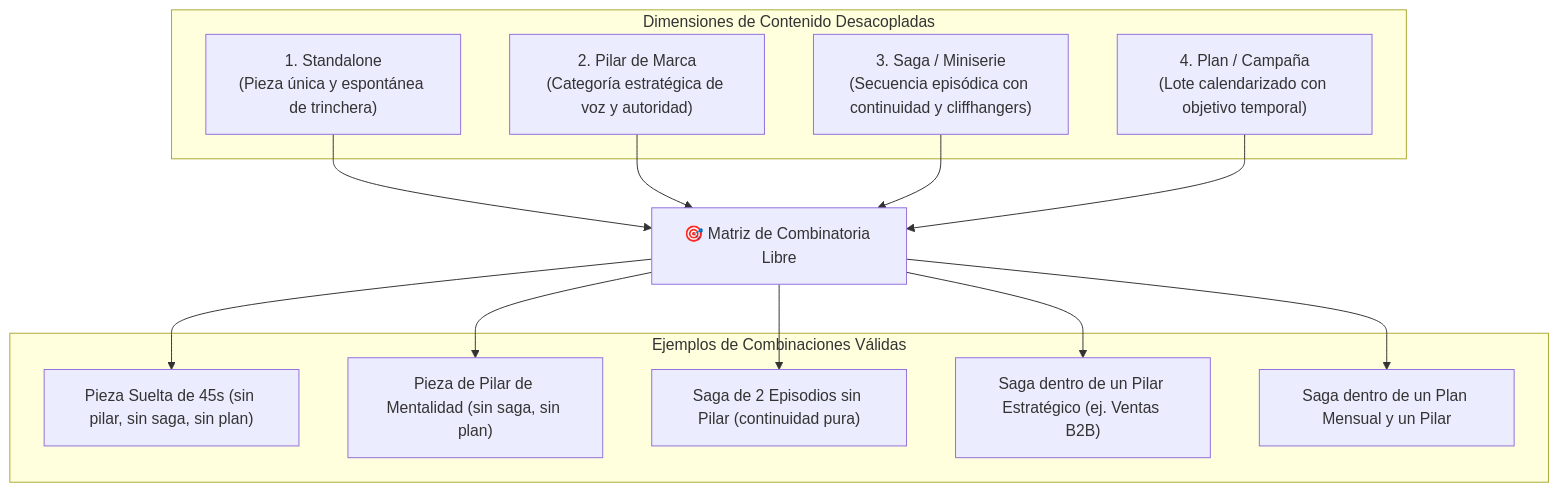
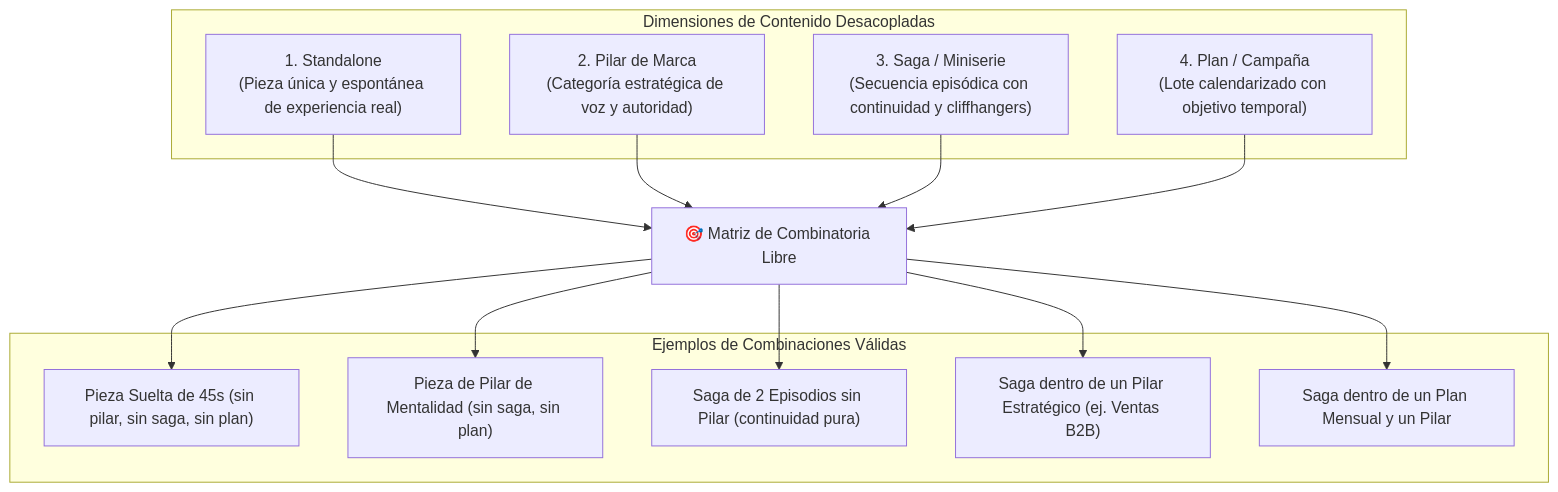
The third of 3 diagrams in ARQUITECTURA_RICK_MULTITENANT.md (Mgomezpo/rick-marca-personal), drawn with Mermaid before and after one commit. The commit also changed other lines of this file and 18 other files, not shown here.

````diff
--- a/ARQUITECTURA_RICK_MULTITENANT.md
+++ b/ARQUITECTURA_RICK_MULTITENANT.md
@@ -257,28 +259,28 @@
 ```mermaid
 flowchart TD
     subgraph DIMS["Dimensiones de Contenido Desacopladas"]
-        D1["1. Standalone\n(Pieza única y espontánea de trinchera)"]
+        D1["1. Standalone\n(Pieza única y espontánea de experiencia real)"]
         D2["2. Pilar de Marca\n(Categoría estratégica de voz y autoridad)"]
         D3["3. Saga / Miniserie\n(Secuencia episódica con continuidad y cliffhangers)"]
         D4["4. Plan / Campaña\n(Lote calendarizado con objetivo temporal)"]
     end
 
     D1 --> COMB["🎯 Matriz de Combinatoria Libre"]
     D2 --> COMB
     D3 --> COMB
     D4 --> COMB
 
     subgraph COMBINACIONES["Ejemplos de Combinaciones Válidas"]
         C1["Pieza Suelta de 45s (sin pilar, sin saga, sin plan)"]
         C2["Pieza de Pilar de Mentalidad (sin saga, sin plan)"]
         C3["Saga de 2 Episodios sin Pilar (continuidad pura)"]
         C4["Saga dentro de un Pilar Estratégico (ej. Ventas B2B)"]
         C5["Saga dentro de un Plan Mensual y un Pilar"]
     end
 
     COMB --> C1
     COMB --> C2
     COMB --> C3
     COMB --> C4
     COMB --> C5
 ```
````
